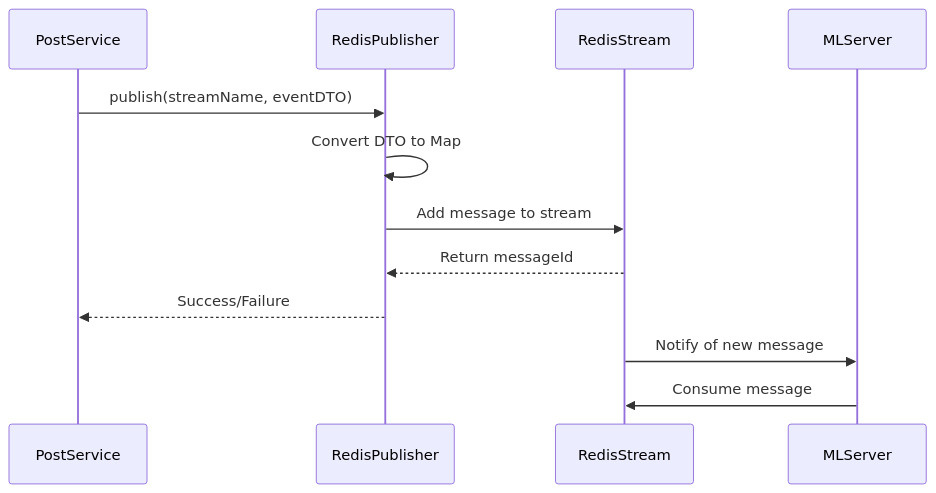
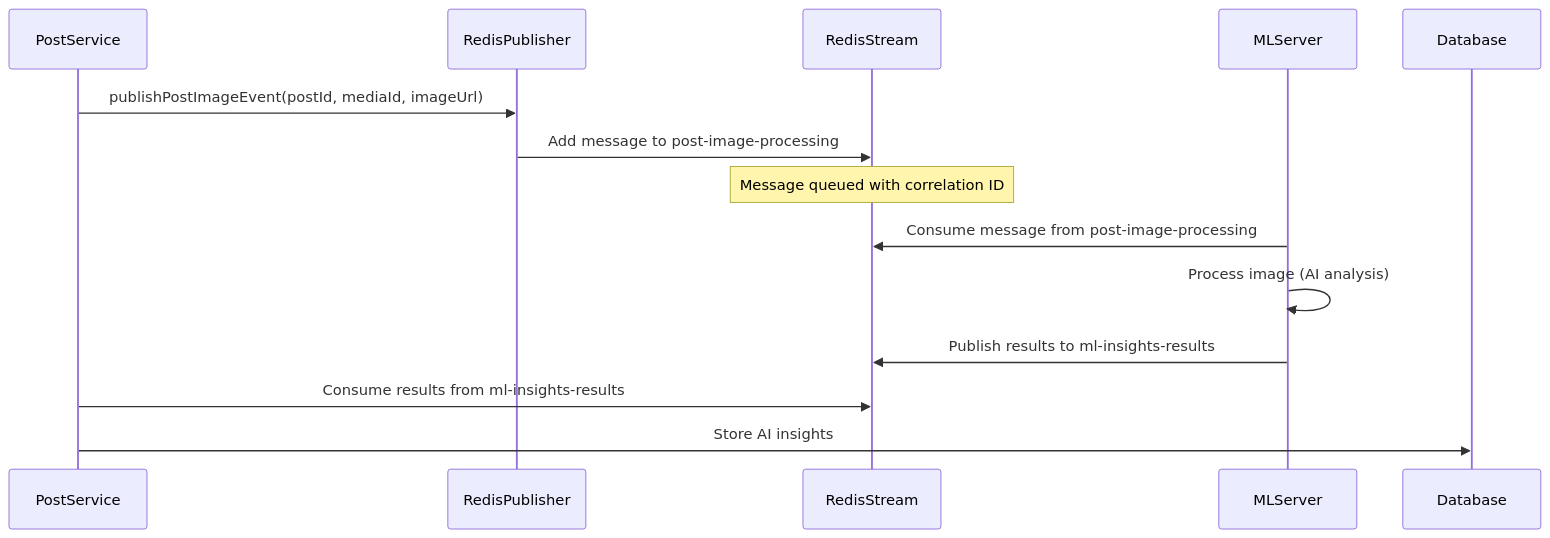
The first of 3 diagrams in backend/docs/ML_SERVER_INTEGRATION.md (nrashmi06/Kaleidoscope), drawn with Mermaid before and after one commit. The commit also changed other lines of this file and 2 other files, not shown here.

````diff
--- a/backend/docs/ML_SERVER_INTEGRATION.md
+++ b/backend/docs/ML_SERVER_INTEGRATION.md
@@ -102,15 +102,17 @@
 ```mermaid
 sequenceDiagram
     participant PostService
     participant RedisPublisher
     participant RedisStream
     participant MLServer
+    participant Database
 
-    PostService->>RedisPublisher: publish(streamName, eventDTO)
-    RedisPublisher->>RedisPublisher: Convert DTO to Map
-    RedisPublisher->>RedisStream: Add message to stream
-    RedisStream-->>RedisPublisher: Return messageId
-    RedisPublisher-->>PostService: Success/Failure
-    RedisStream->>MLServer: Notify of new message
-    MLServer->>RedisStream: Consume message
+    PostService->>RedisPublisher: publishPostImageEvent(postId, mediaId, imageUrl)
+    RedisPublisher->>RedisStream: Add message to post-image-processing
+    Note over RedisStream: Message queued with correlation ID
+    MLServer->>RedisStream: Consume message from post-image-processing
+    MLServer->>MLServer: Process image (AI analysis)
+    MLServer->>RedisStream: Publish results to ml-insights-results
+    PostService->>RedisStream: Consume results from ml-insights-results
+    PostService->>Database: Store AI insights
 ```
````
